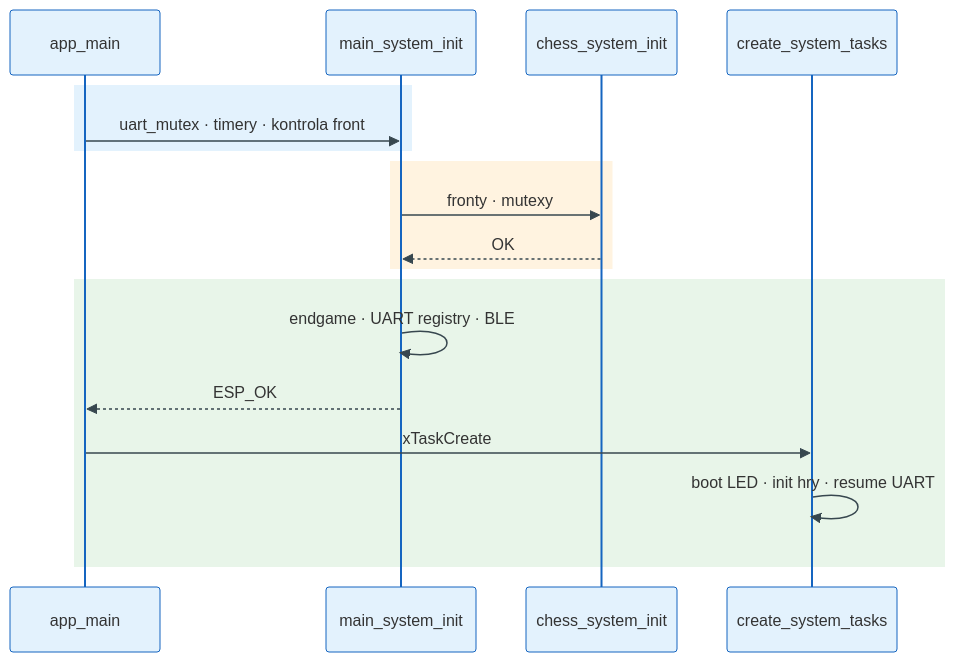
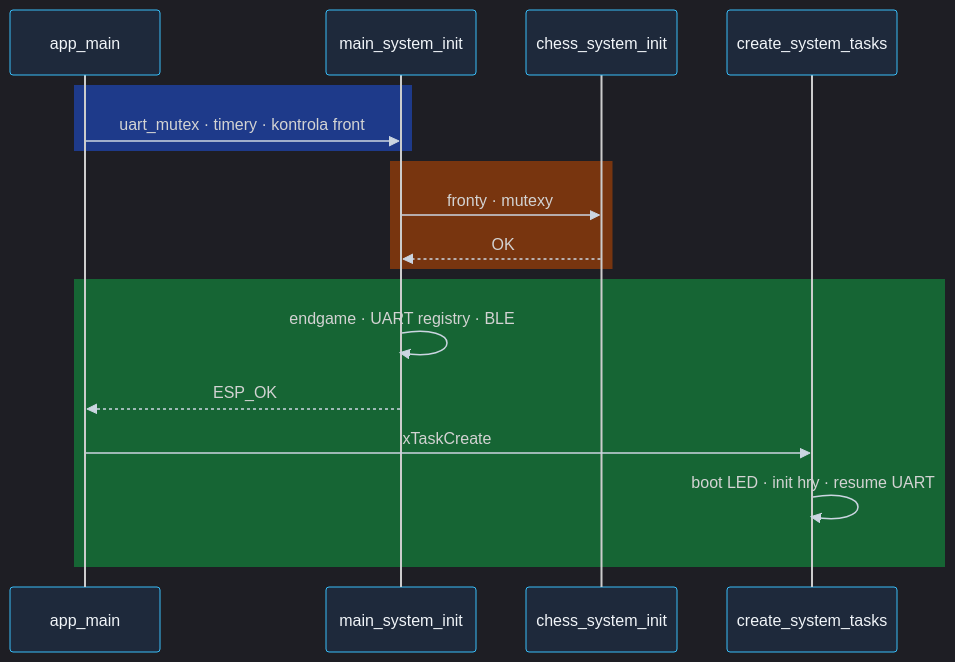
Before and after one commit to AlfredKrutina/chess_esp32_c6_devkit: the first of 6 diagrams in docs/diagrams/README.md, drawn with Mermaid. The commit also changed other lines of this file and 97 other files, not shown here.

Commit message:
more diagrams

````diff
--- a/docs/diagrams/README.md
+++ b/docs/diagrams/README.md
@@ -52,21 +56,21 @@
 ```mermaid
-%%{init: {'theme':'base', 'themeVariables': {'actorBkg':'#e3f2fd','actorBorder':'#1565c0','signalColor':'#37474f'}}}%%
+%%{init: {'theme':'dark','themeVariables':{'actorBkg':'#1e293b','actorBorder':'#38bdf8','actorTextColor':'#f1f5f9','signalColor':'#cbd5e1','noteBkgColor':'#334155','noteTextColor':'#f1f5f9','noteBorderColor':'#475569','loopTextColor':'#e2e8f0','labelBoxBkgColor':'#334155','labelTextColor':'#f8fafc'}}}%%
 sequenceDiagram
   participant AM as app_main
   participant SYS as main_system_init
   participant FC as chess_system_init
   participant CR as create_system_tasks
-  rect rgb(227, 242, 253)
+  rect rgb(30, 58, 138)
     AM->>SYS: uart_mutex · timery · kontrola front
   end
-  rect rgb(255, 243, 224)
+  rect rgb(120, 53, 15)
     SYS->>FC: fronty · mutexy
     FC-->>SYS: OK
   end
-  rect rgb(232, 245, 233)
+  rect rgb(22, 101, 52)
     SYS->>SYS: endgame · UART registry · BLE
     SYS-->>AM: ESP_OK
     AM->>CR: xTaskCreate
     CR->>CR: boot LED · init hry · resume UART
   end
 ```
````
